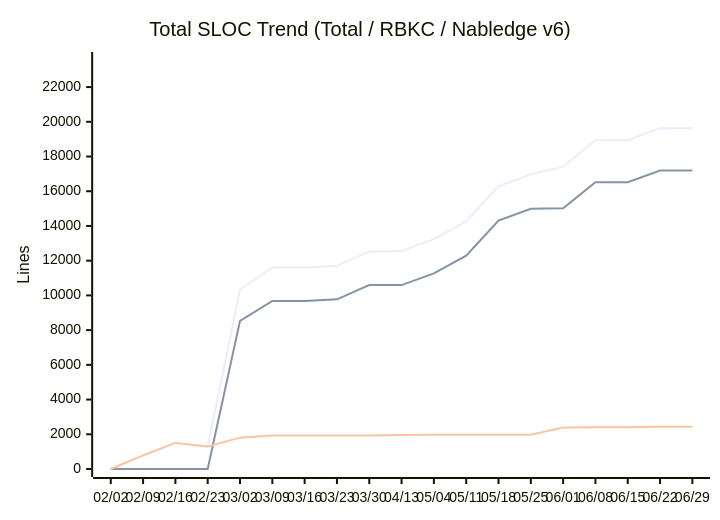
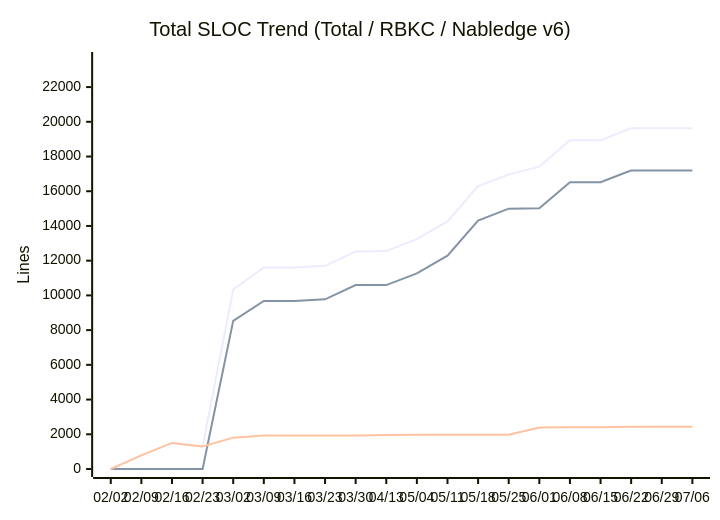
One commit to nablarch/nabledge-dev changed the eighth of 14 diagrams in docs/metrics.md. Above: the diagram before and after it, drawn with Mermaid. The commit also changed other lines of this file and 2 other files, not shown here.

````diff
--- a/docs/metrics.md
+++ b/docs/metrics.md
@@ -121,9 +121,9 @@
 ```mermaid
 xychart-beta
   title "Total SLOC Trend (Total / RBKC / Nabledge v6)"
-  x-axis ["02/02", "02/09", "02/16", "02/23", "03/02", "03/09", "03/16", "03/23", "03/30", "04/13", "05/04", "05/11", "05/18", "05/25", "06/01", "06/08", "06/15", "06/22", "06/29"]
+  x-axis ["02/02", "02/09", "02/16", "02/23", "03/02", "03/09", "03/16", "03/23", "03/30", "04/13", "05/04", "05/11", "05/18", "05/25", "06/01", "06/08", "06/15", "06/22", "06/29", "07/06"]
   y-axis "Lines" 0 --> 23560
-  line [0, 789, 1503, 1293, 10339, 11613, 11613, 11704, 12523, 12553, 13242, 14265, 16290, 16973, 17415, 18935, 18935, 19633, 19633]
-  line [0, 0, 0, 0, 8533, 9682, 9682, 9773, 10592, 10592, 11264, 12287, 14312, 14995, 15023, 16523, 16523, 17198, 17198]
-  line [0, 789, 1503, 1293, 1806, 1931, 1931, 1931, 1931, 1961, 1978, 1978, 1978, 1978, 2392, 2412, 2412, 2435, 2435]
+  line [0, 789, 1503, 1293, 10339, 11613, 11613, 11704, 12523, 12553, 13242, 14265, 16290, 16973, 17415, 18935, 18935, 19633, 19633, 19633]
+  line [0, 0, 0, 0, 8533, 9682, 9682, 9773, 10592, 10592, 11264, 12287, 14312, 14995, 15023, 16523, 16523, 17198, 17198, 17198]
+  line [0, 789, 1503, 1293, 1806, 1931, 1931, 1931, 1931, 1961, 1978, 1978, 1978, 1978, 2392, 2412, 2412, 2435, 2435, 2435]
 ```
````
